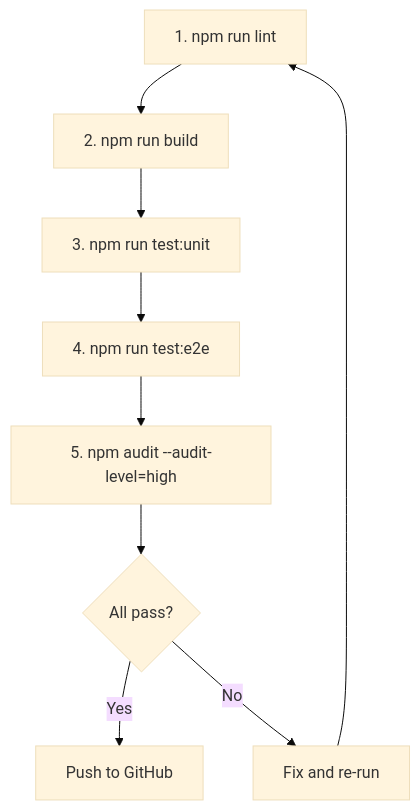
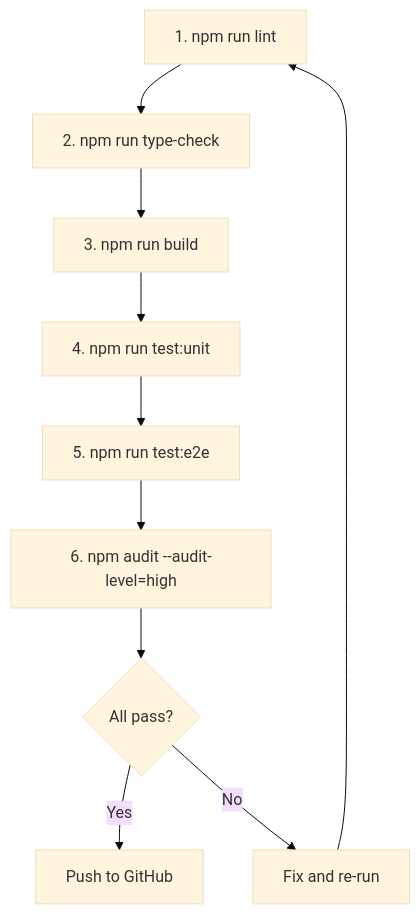
Before and after one commit to Oweeboi011/Fit-Ready-IQ: the sixth of 8 diagrams in docs/wiki/TESTING.md, drawn with Mermaid (base theme). The commit also changed other lines of this file and 17 other files, not shown here.

First line of the commit message:
ci: simplify to trunk-based flow and fix review bugs

````diff
--- a/docs/wiki/TESTING.md
+++ b/docs/wiki/TESTING.md
@@ -336,11 +428,12 @@
 ```mermaid
 flowchart TD
-    A["1. npm run lint"] --> B["2. npm run build"]
-    B --> C["3. npm run test:unit"]
-    C --> D["4. npm run test:e2e"]
-    D --> E["5. npm audit --audit-level=high"]
-    E --> F{"All pass?"}
-    F -->|Yes| G["Push to GitHub"]
-    F -->|No| H["Fix and re-run"]
-    H --> A
+    A["1. npm run lint"] --> B["2. npm run type-check"]
+    B --> C["3. npm run build"]
+    C --> D["4. npm run test:unit"]
+    D --> E["5. npm run test:e2e"]
+    E --> F["6. npm audit --audit-level=high"]
+    F --> G{"All pass?"}
+    G -->|Yes| H["Push to GitHub"]
+    G -->|No| I["Fix and re-run"]
+    I --> A
 ```
````
